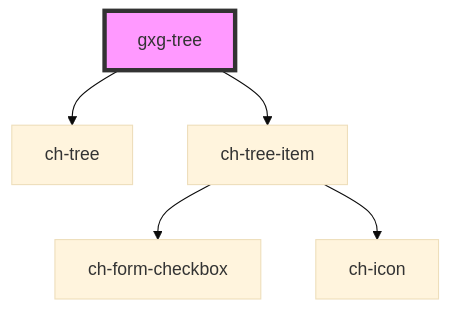
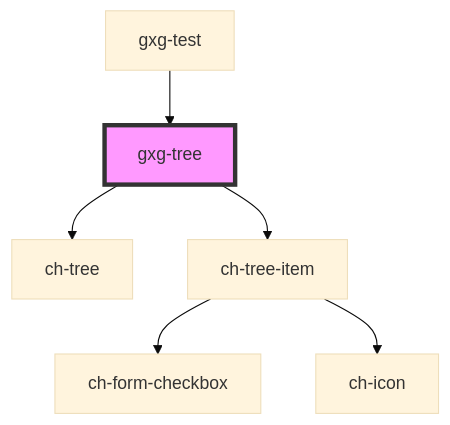
Before and after one commit to genexuslabs/gemini: the diagram in src/components/tree/readme.md, drawn with Mermaid (base theme). The commit also changed other lines of this file and 8 other files, not shown here.

````diff
--- a/src/components/tree/readme.md
+++ b/src/components/tree/readme.md
@@ -22,8 +26,9 @@
 ```mermaid
 graph TD;
   gxg-tree --> ch-tree
   gxg-tree --> ch-tree-item
   ch-tree-item --> ch-form-checkbox
   ch-tree-item --> ch-icon
+  gxg-test --> gxg-tree
   style gxg-tree fill:#f9f,stroke:#333,stroke-width:4px
 ```
````
